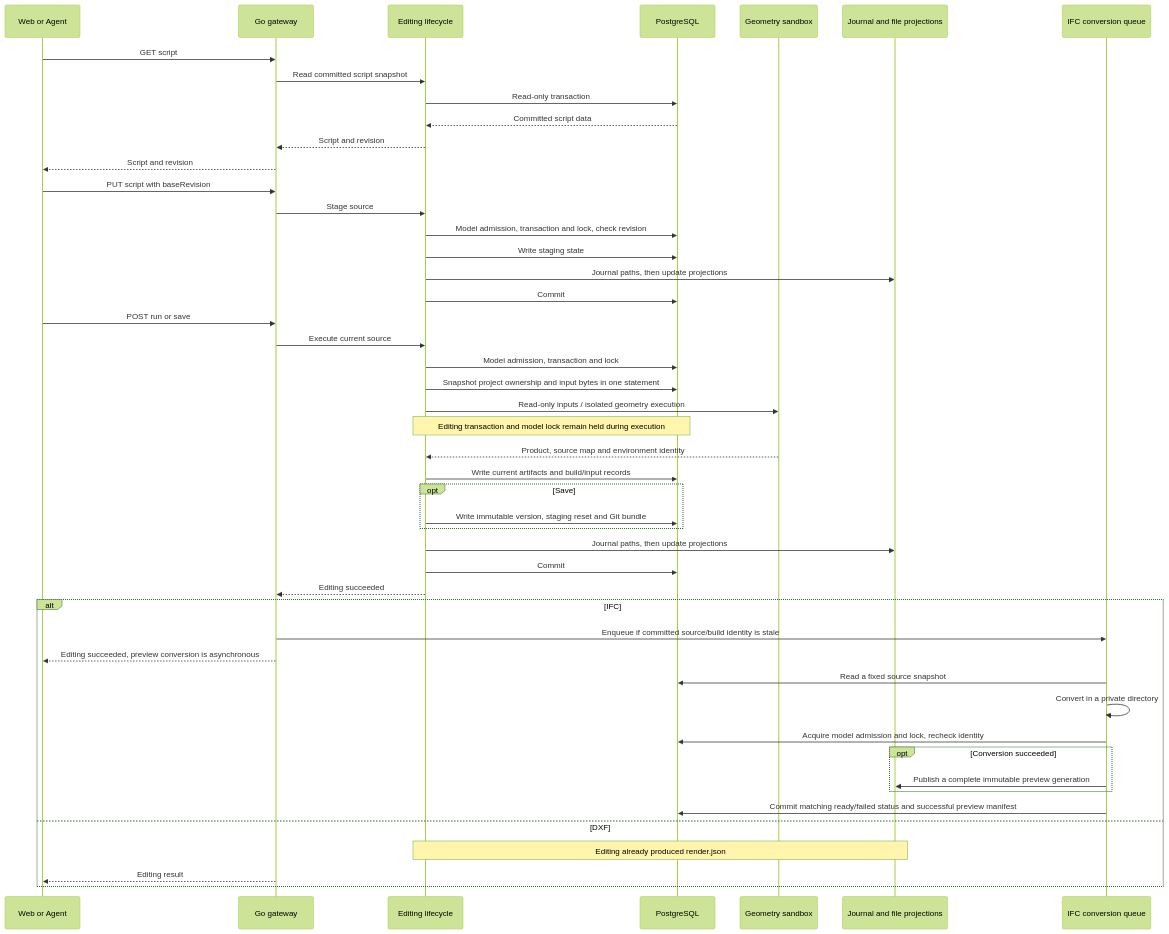
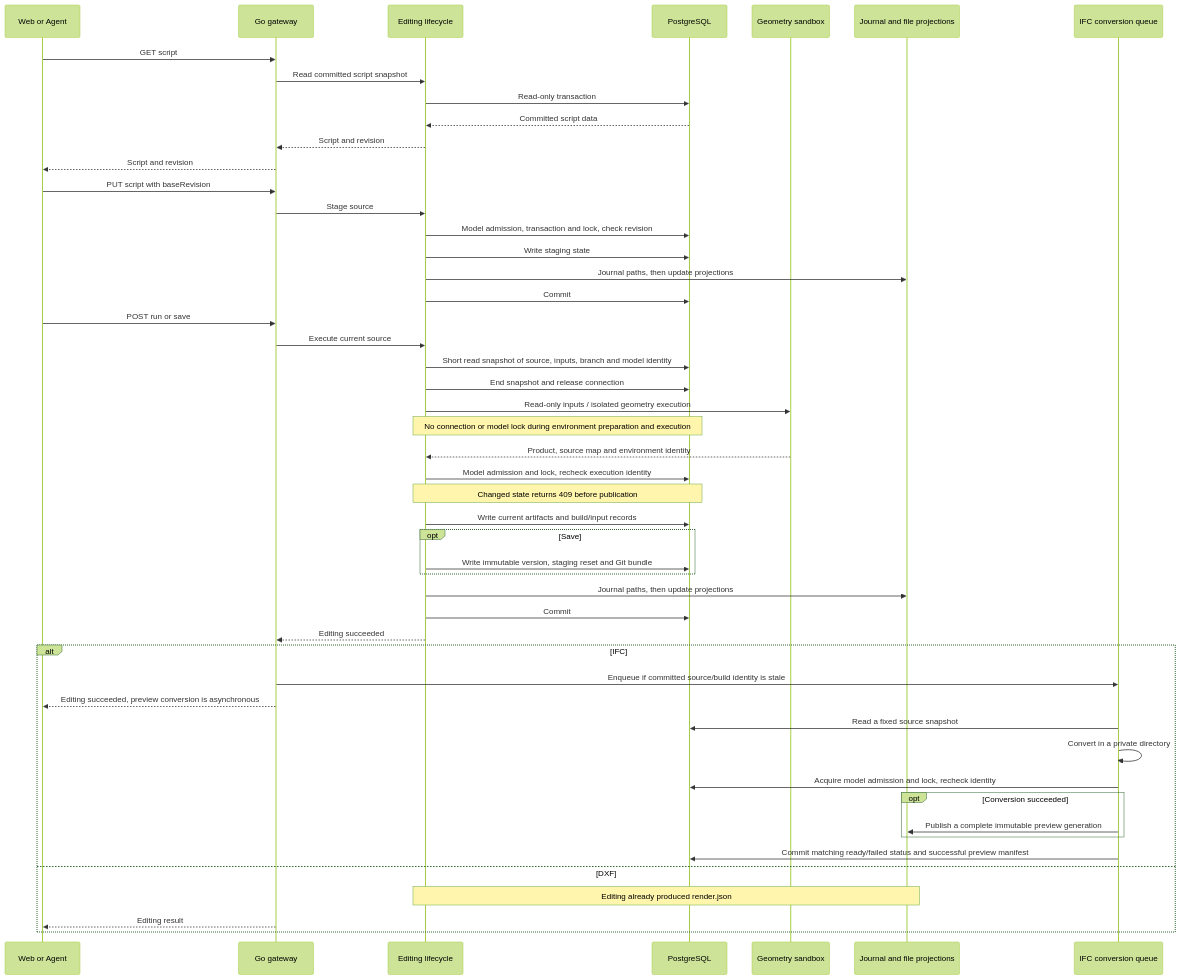
Before and after one commit to 0702hjj/SourceAEC: the second of 2 diagrams in README.md, drawn with Mermaid (forest theme). The commit also changed other lines of this file and 23 other files, not shown here.

Commit message:
Release database leases during geometry and validate results before publication

````diff
--- a/README.md
+++ b/README.md
@@ -71,50 +73,52 @@
 ```mermaid
 sequenceDiagram
     participant U as Web or Agent
     participant A as Go gateway
     participant E as Editing lifecycle
     participant P as PostgreSQL
     participant S as Geometry sandbox
     participant F as Journal and file projections
     participant Q as IFC conversion queue
     U->>A: GET script
     A->>E: Read committed script snapshot
     E->>P: Read-only transaction
     P-->>E: Committed script data
     E-->>A: Script and revision
     A-->>U: Script and revision
     U->>A: PUT script with baseRevision
     A->>E: Stage source
     E->>P: Model admission, transaction and lock, check revision
     E->>P: Write staging state
     E->>F: Journal paths, then update projections
     E->>P: Commit
     U->>A: POST run or save
     A->>E: Execute current source
-    E->>P: Model admission, transaction and lock
-    E->>P: Snapshot project ownership and input bytes in one statement
+    E->>P: Short read snapshot of source, inputs, branch and model identity
+    E->>P: End snapshot and release connection
     E->>S: Read-only inputs / isolated geometry execution
-    Note over E,P: Editing transaction and model lock remain held during execution
+    Note over E,P: No connection or model lock during environment preparation and execution
     S-->>E: Product, source map and environment identity
+    E->>P: Model admission and lock, recheck execution identity
+    Note over E,P: Changed state returns 409 before publication
     E->>P: Write current artifacts and build/input records
     opt Save
         E->>P: Write immutable version, staging reset and Git bundle
     end
     E->>F: Journal paths, then update projections
     E->>P: Commit
     E-->>A: Editing succeeded
     alt IFC
         A->>Q: Enqueue if committed source/build identity is stale
         A-->>U: Editing succeeded, preview conversion is asynchronous
         Q->>P: Read a fixed source snapshot
         Q->>Q: Convert in a private directory
         Q->>P: Acquire model admission and lock, recheck identity
         opt Conversion succeeded
             Q->>F: Publish a complete immutable preview generation
         end
         Q->>P: Commit matching ready/failed status and successful preview manifest
     else DXF
         Note over E,F: Editing already produced render.json
         A-->>U: Editing result
     end
 ```
````
